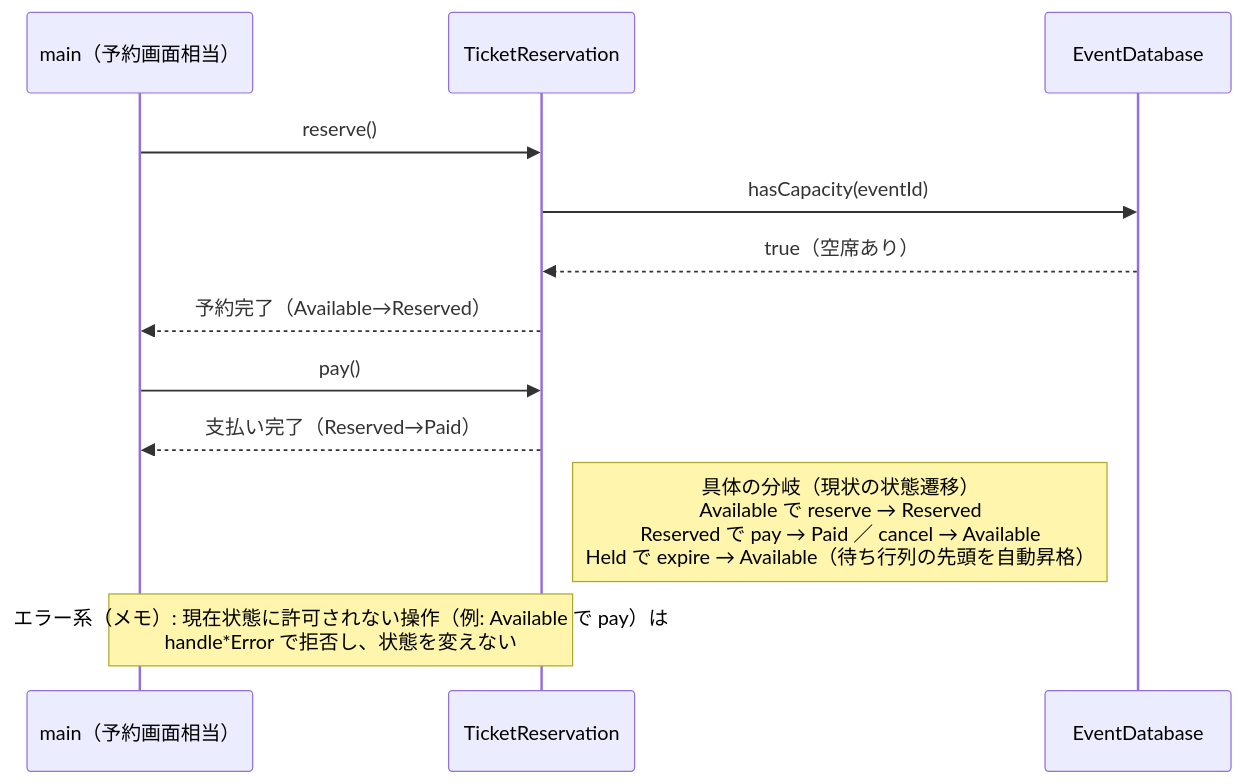
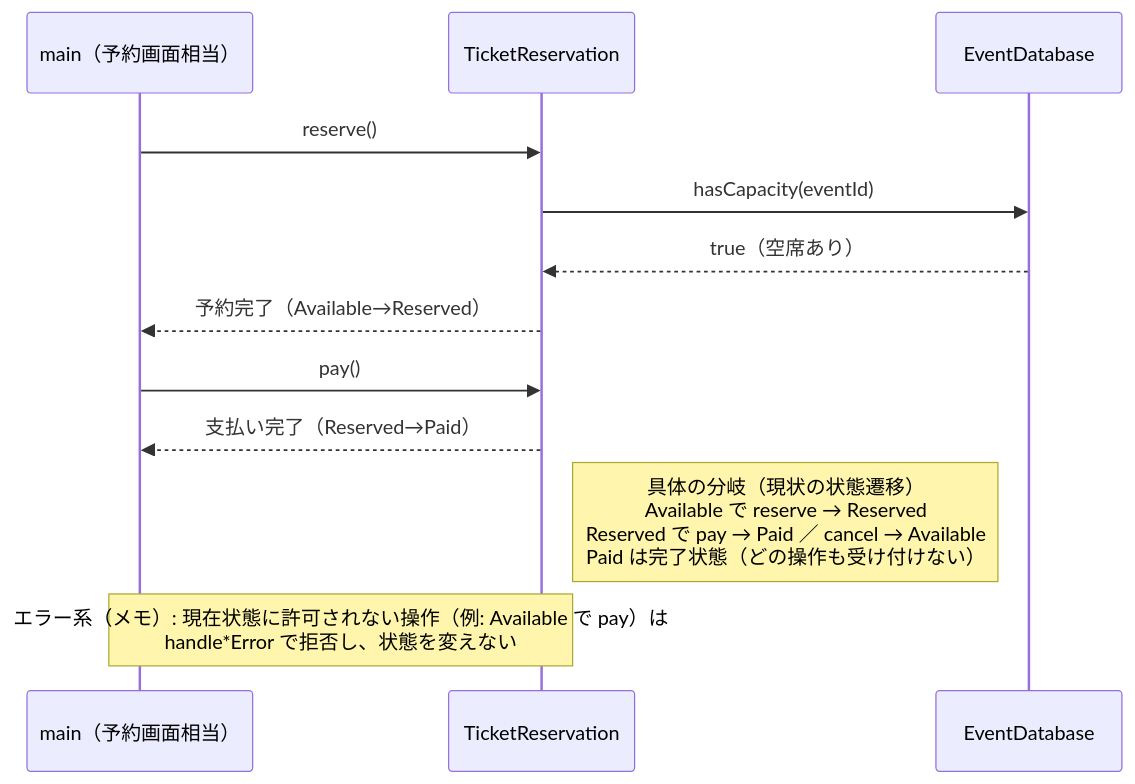
Before and after one commit to kumachan1101-pixel/DesignPattern: the sixth of 22 diagrams in kindle/design-patterns/output/chapter03.md, drawn with Mermaid. The commit also changed 2 other files, not shown here.

Commit message:
第1・3・8章のHigh 3件を解消（LOGIC-102/301/801, #67/#69/#74）
LOGIC-102（High・第1章）:
- 1-5の変更対象外表が「`CheckoutResultRenderer` 変更なし」と宣言する
  一方、最終コードではシグネチャが
  `(customer, order, context, subtotal, finalPrice)` から
  `(customer, order, context, PaymentResult, previewPrice)` へ変わり、
  出力にも「サマーセール=」「適用 ルール名」「カートプレビュー」行が
  増えていた。要求ID5自身も受入条件を変えているのに「継続」に分類され、
  「表示は変更対象外」という宣言と自己矛盾していた。
  実態に合わせ、Rendererを変更対象外表から外し、要求ID5を
  「変更（根拠：変更ID1・変更ID2）」へ分類し直して対照表へ載せた。
  サマーセールという新条件と逐次適用時の割引名を出す必要があり、
  表示へ渡す値が増える、という理由を補足に書いた。

LOGIC-301（High・第3章）:
- 1-3の現状シーケンス図の注記に「Held で expire → Available（待ち行列の
  先頭を自動昇格）」とあったが、Held・expire・待ち行列は1-5の変更要求で
  初めて登場する。現状は Available／Reserved／Paid の3状態のみ。
  注記を現状3状態の遷移だけに直した。

LOGIC-801（High・第8章）:
- 3-1の修正5で `OrderBook`／`CustomerDirectory` による注文・顧客照合が
  メンバごと消え、試行 main が注文台帳に存在しない `ORD-PP01`
  （金額1500も未登録、C008の注文でもない）で決済に成功していた。
  1-4の照合が現状のままなら UNKNOWN_ORDER で失敗するはずだった。
  試行 main を台帳に登録済みの ORD-2001／C020／3000円へ変え、実行結果も
  合わせた。抜粋の前提として、照合は1-4のまま維持しており再掲を省いた
  だけである旨を明記し、メンバ宣言にも残した。

検証: validate_book.py PASS（15章）、check_execution_output.py PASS、
audit_book.py 0件、git diff --check PASS。

Claude-Session: https://claude.ai/code/session_01X19DXViPvng1J3iSEzh2HH

````diff
--- a/kindle/design-patterns/output/chapter03.md
+++ b/kindle/design-patterns/output/chapter03.md
@@ -291,14 +291,14 @@
 ```mermaid
 sequenceDiagram
     participant Main as main（予約画面相当）
     participant TR as TicketReservation
     participant DB as EventDatabase
     Main->>TR: reserve()
     TR->>DB: hasCapacity(eventId)
     DB-->>TR: true（空席あり）
     TR-->>Main: 予約完了（Available→Reserved）
     Main->>TR: pay()
     TR-->>Main: 支払い完了（Reserved→Paid）
-    Note right of TR: 具体の分岐（現状の状態遷移）<br>Available で reserve → Reserved<br>Reserved で pay → Paid ／ cancel → Available<br>Held で expire → Available（待ち行列の先頭を自動昇格）
+    Note right of TR: 具体の分岐（現状の状態遷移）<br>Available で reserve → Reserved<br>Reserved で pay → Paid ／ cancel → Available<br>Paid は完了状態（どの操作も受け付けない）
     Note over Main,TR: エラー系（メモ）: 現在状態に許可されない操作（例: Available で pay）は<br>handle*Error で拒否し、状態を変えない
 ```
````
